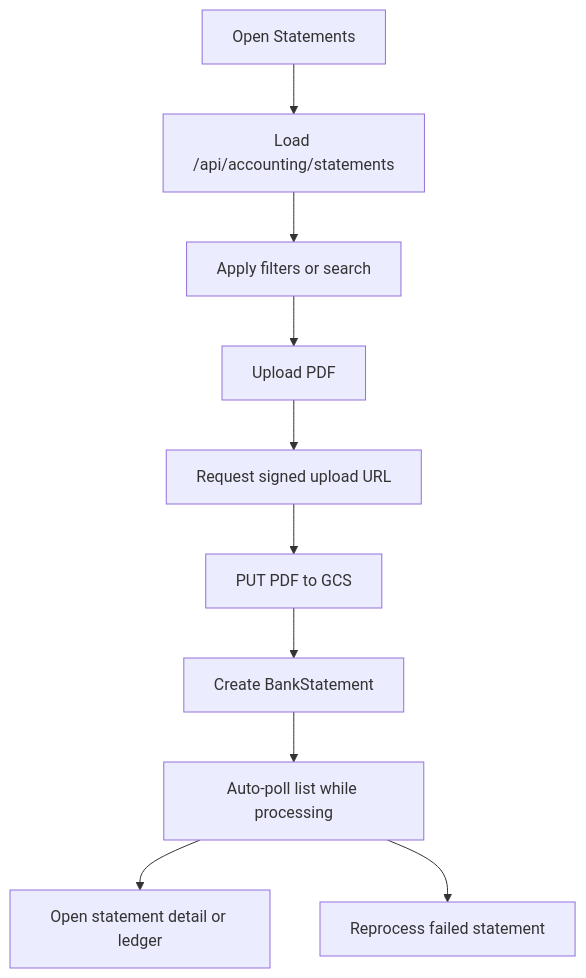
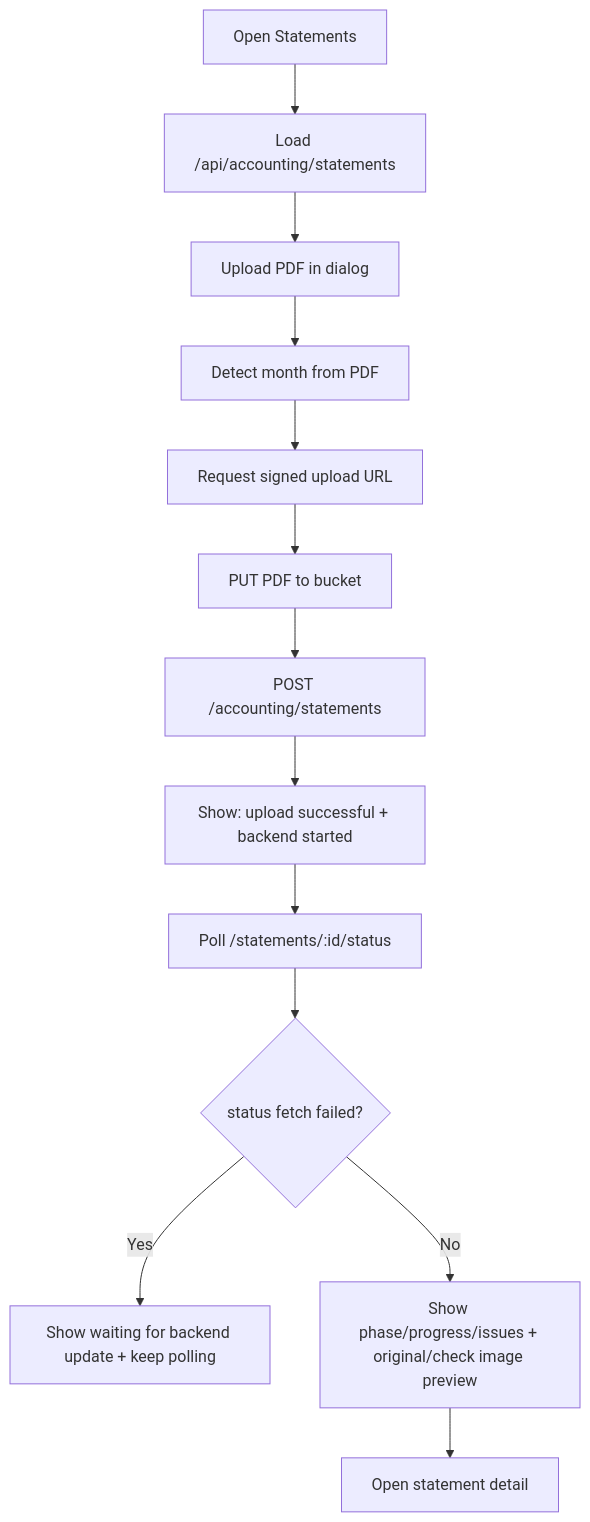
The third of 8 diagrams in docs/accounting/wireframes-and-user-lifecycle.md (comp596-spring-2026/RetailSync), drawn with Mermaid before and after one commit. The commit also changed other lines of this file and 32 other files, not shown here.

Commit message:
uodated statment flow sceneios

````diff
--- a/docs/accounting/wireframes-and-user-lifecycle.md
+++ b/docs/accounting/wireframes-and-user-lifecycle.md
@@ -99,12 +124,15 @@
 ```mermaid
 flowchart TD
   A["Open Statements"] --> B["Load /api/accounting/statements"]
-  B --> C["Apply filters or search"]
-  C --> D["Upload PDF"]
+  B --> C["Upload PDF in dialog"]
+  C --> D["Detect month from PDF"]
   D --> E["Request signed upload URL"]
-  E --> F["PUT PDF to GCS"]
-  F --> G["Create BankStatement"]
-  G --> H["Auto-poll list while processing"]
-  H --> I["Open statement detail or ledger"]
-  H --> J["Reprocess failed statement"]
+  E --> F["PUT PDF to bucket"]
+  F --> G["POST /accounting/statements"]
+  G --> H["Show: upload successful + backend started"]
+  H --> I["Poll /statements/:id/status"]
+  I --> J{"status fetch failed?"}
+  J -- Yes --> K["Show waiting for backend update + keep polling"]
+  J -- No --> L["Show phase/progress/issues + original/check image preview"]
+  L --> M["Open statement detail"]
 ```
````
